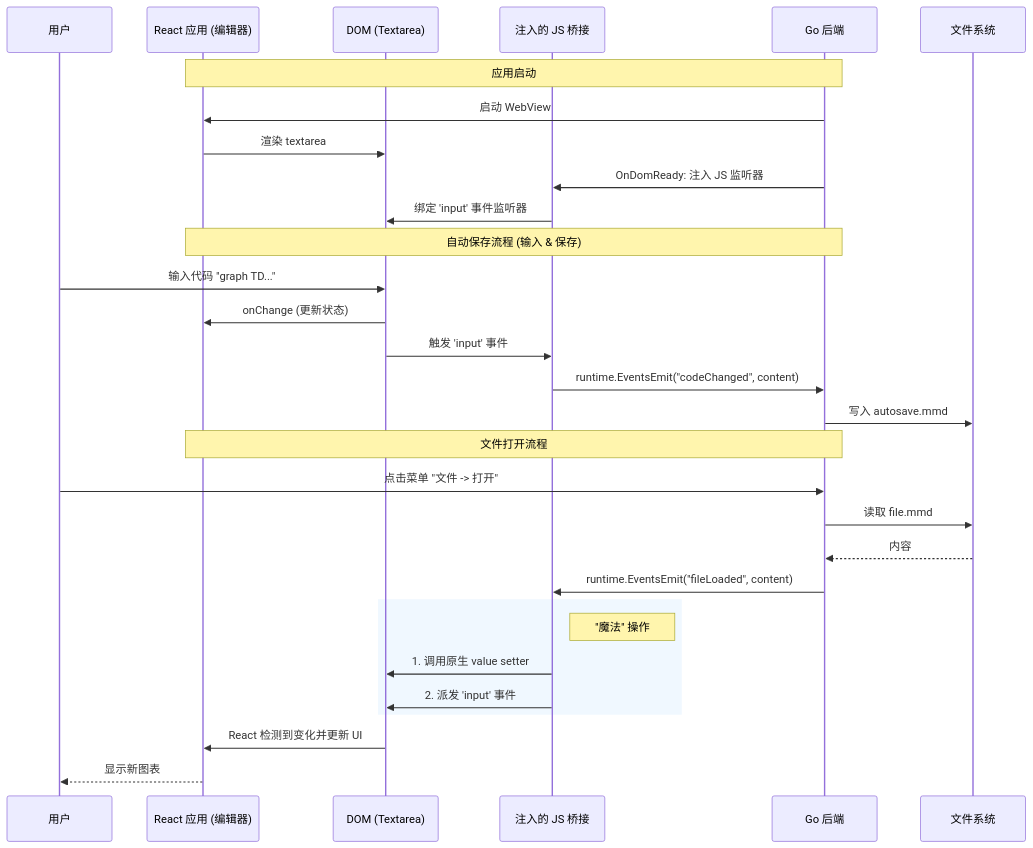
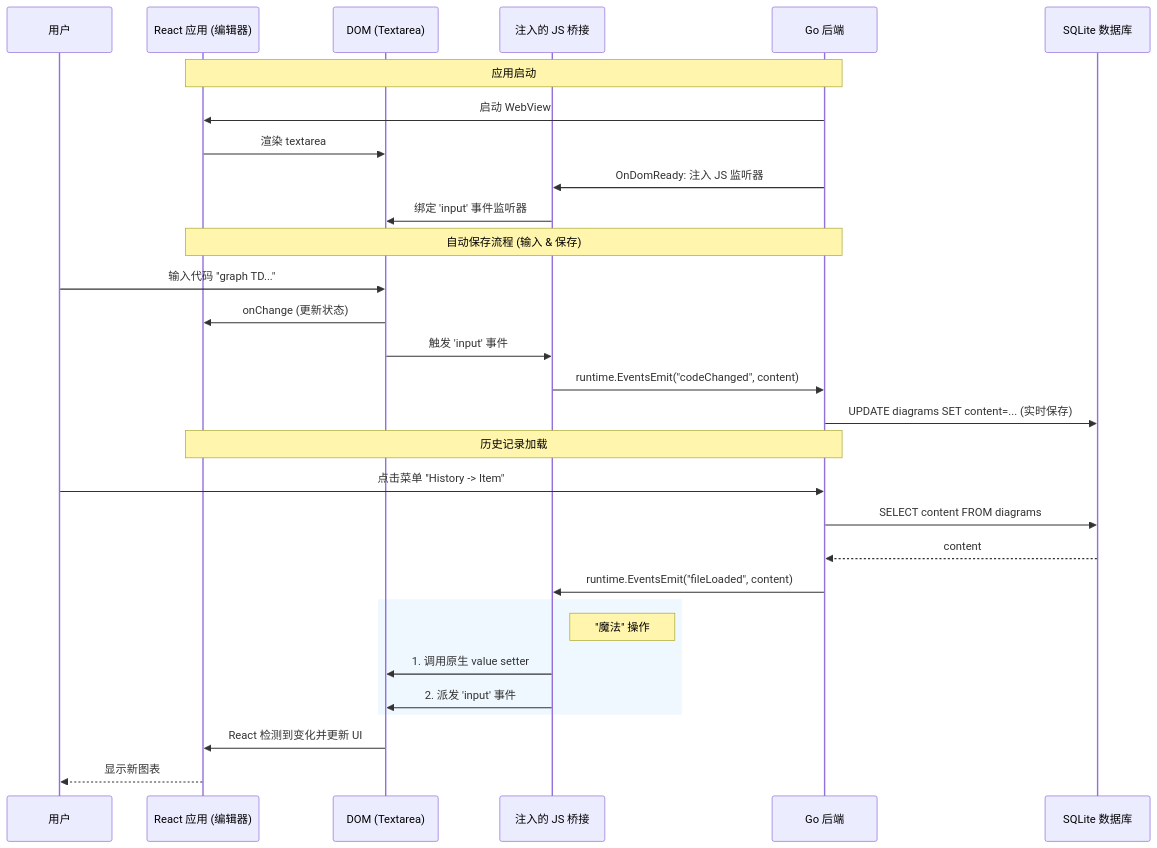
Before and after one commit to doggeddog/modern_mermaid: the second of 2 diagrams in docs/WAILS_MIGRATION.md, drawn with Mermaid. The commit also changed other lines of this file and 2 other files, not shown here.

First line of the commit message:
feat(history): add "Clear All History" option and enhance history menu functionality

````diff
--- a/docs/WAILS_MIGRATION.md
+++ b/docs/WAILS_MIGRATION.md
@@ -57,41 +58,41 @@
 ```mermaid
 sequenceDiagram
     participant User as 用户
     participant React as React 应用 (编辑器)
     participant DOM as DOM (Textarea)
     participant Bridge as 注入的 JS 桥接
     participant Go as Go 后端
-    participant FS as 文件系统
+    participant DB as SQLite 数据库
 
     Note over Go, React: 应用启动
 
     Go->>React: 启动 WebView
     React->>DOM: 渲染 textarea
     
     Go->>Bridge: OnDomReady: 注入 JS 监听器
     Bridge->>DOM: 绑定 'input' 事件监听器
     
     Note over Go, React: 自动保存流程 (输入 & 保存)
     
     User->>DOM: 输入代码 "graph TD..."
     DOM->>React: onChange (更新状态)
     DOM->>Bridge: 触发 'input' 事件
     Bridge->>Go: runtime.EventsEmit("codeChanged", content)
-    Go->>FS: 写入 autosave.mmd
+    Go->>DB: UPDATE diagrams SET content=... (实时保存)
 
-    Note over Go, React: 文件打开流程
+    Note over Go, React: 历史记录加载
     
-    User->>Go: 点击菜单 "文件 -> 打开"
-    Go->>FS: 读取 file.mmd
-    FS-->>Go: 内容
+    User->>Go: 点击菜单 "History -> Item"
+    Go->>DB: SELECT content FROM diagrams
+    DB-->>Go: content
     Go->>Bridge: runtime.EventsEmit("fileLoaded", content)
     
     rect rgb(240, 248, 255)
         Note right of Bridge: "魔法" 操作
         Bridge->>DOM: 1. 调用原生 value setter
         Bridge->>DOM: 2. 派发 'input' 事件
     end
     
     DOM->>React: React 检测到变化并更新 UI
     React-->>User: 显示新图表
 ```
````
